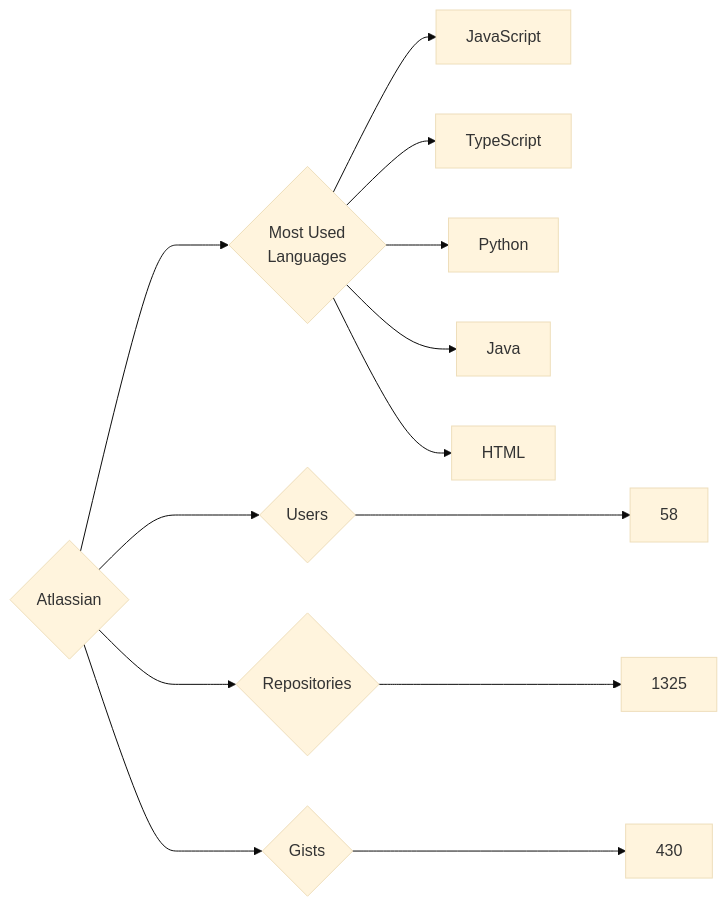
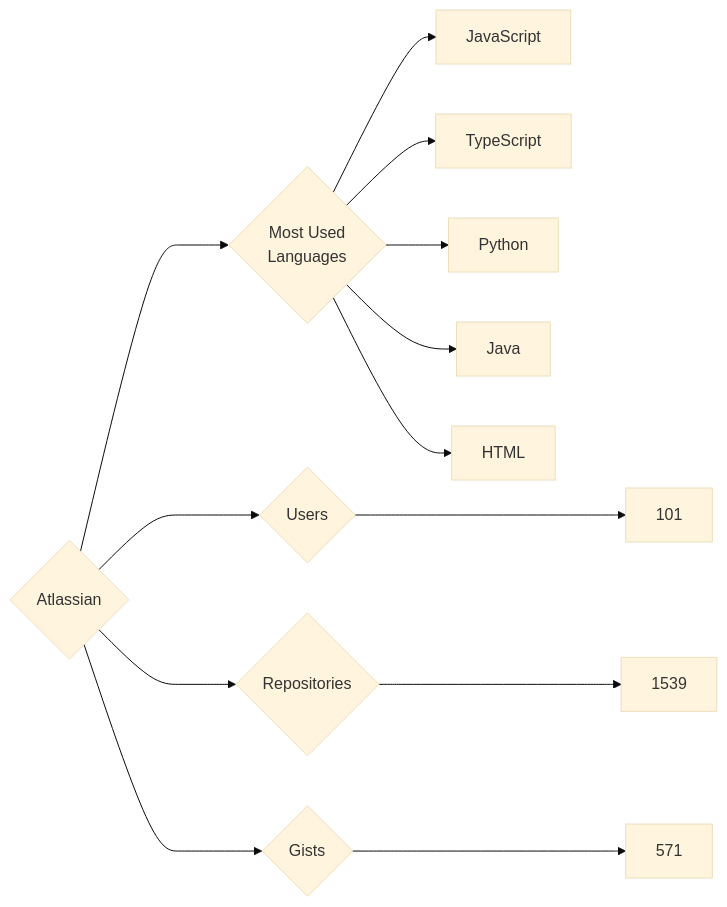
Before and after one commit to trickest/insiders: the diagram in targets/Atlassian/README.md, drawn with Mermaid (base theme). The commit also changed 934 other files, not shown here.

````diff
--- a/targets/Atlassian/README.md
+++ b/targets/Atlassian/README.md
@@ -3,13 +3,13 @@
 ```mermaid
 graph LR
 COMPANY_NAME{Atlassian}
-COMPANY_NAME ---> U{Users} ---> UN[58]
-COMPANY_NAME ---> R{Repositories} ---> RN[1325]
-COMPANY_NAME ---> G{Gists} ---> GN[430]
+COMPANY_NAME ---> U{Users} ---> UN[101]
+COMPANY_NAME ---> R{Repositories} ---> RN[1539]
+COMPANY_NAME ---> G{Gists} ---> GN[571]
 COMPANY_NAME ---> ML{Most Used<br>Languages}
 ML --> JavaScript[JavaScript]
 ML --> TypeScript[TypeScript]
 ML --> Python[Python]
 ML --> Java[Java]
 ML --> HTML[HTML]
 ```
````
